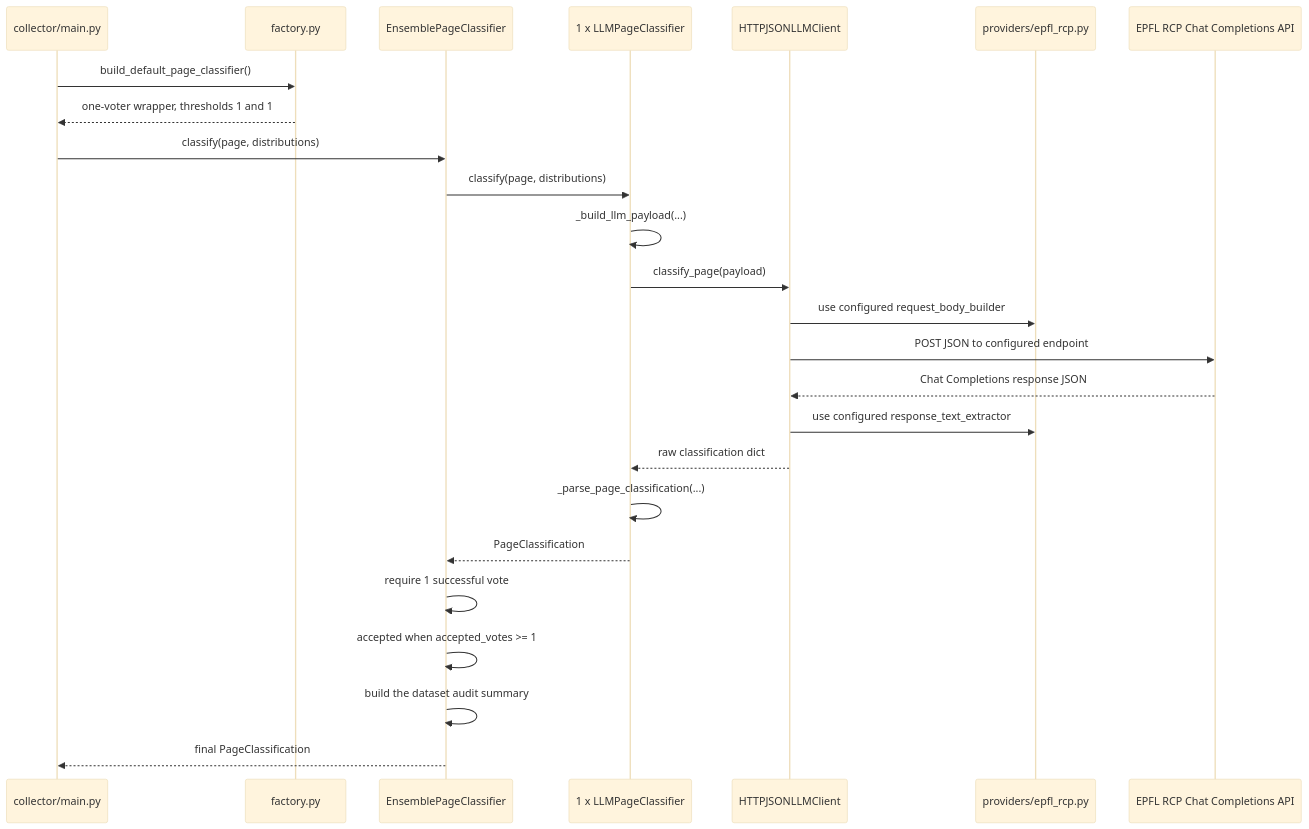
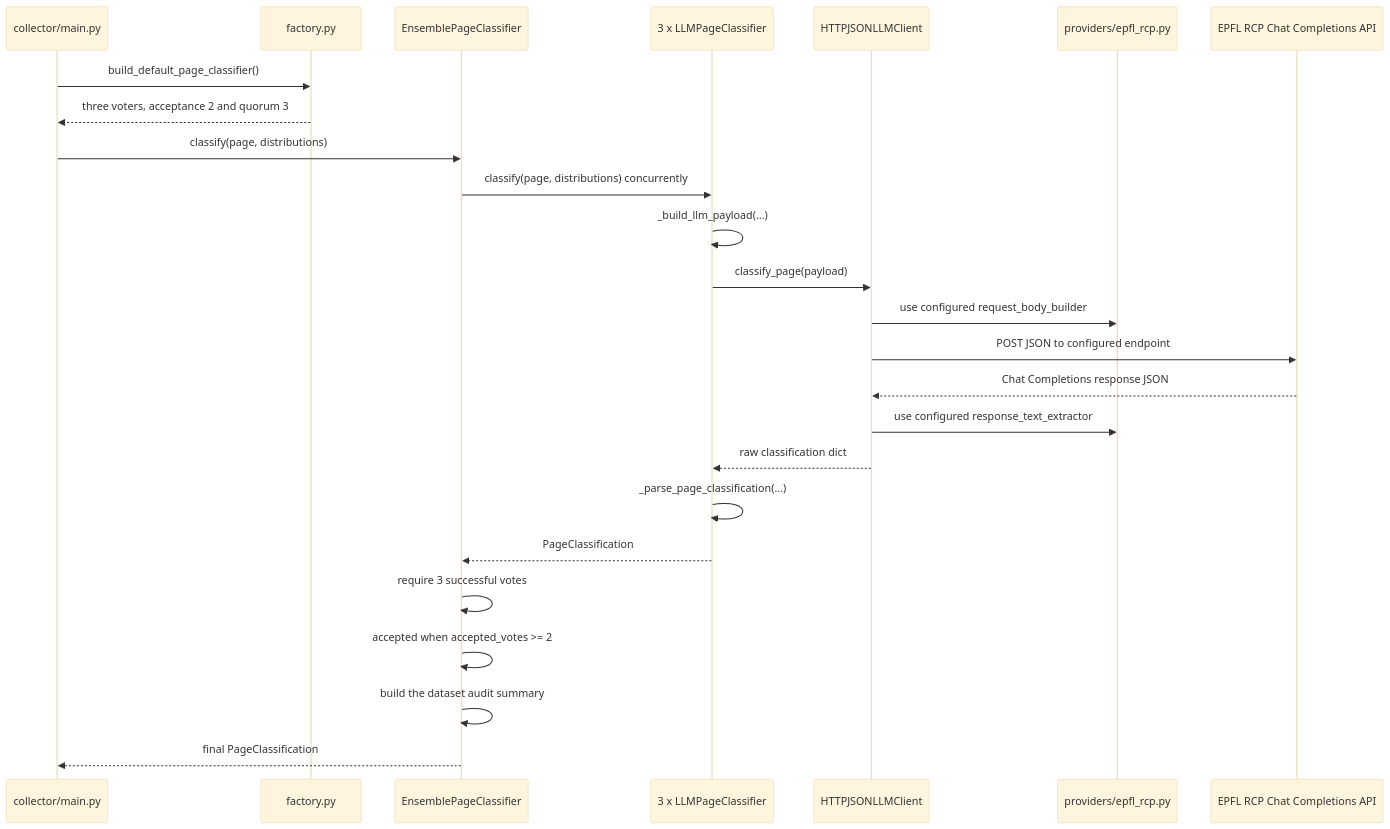
One commit to nicolasberlin/global-health-dataset-catalog changed the third of 5 diagrams in docs/classification-architecture.md. Above: the diagram before and after it, drawn with Mermaid (base theme). The commit also changed other lines of this file and 52 other files, not shown here.

````diff
--- a/docs/classification-architecture.md
+++ b/docs/classification-architecture.md
@@ -165,28 +174,28 @@
 ```mermaid
 sequenceDiagram
     participant Caller as collector/main.py
     participant Factory as factory.py
     participant Ensemble as EnsemblePageClassifier
-    participant Voter as 1 x LLMPageClassifier
+    participant Voter as 3 x LLMPageClassifier
     participant Client as HTTPJSONLLMClient
     participant Provider as providers/epfl_rcp.py
     participant API as EPFL RCP Chat Completions API
 
     Caller->>Factory: build_default_page_classifier()
-    Factory-->>Caller: one-voter wrapper, thresholds 1 and 1
+    Factory-->>Caller: three voters, acceptance 2 and quorum 3
     Caller->>Ensemble: classify(page, distributions)
-    Ensemble->>Voter: classify(page, distributions)
+    Ensemble->>Voter: classify(page, distributions) concurrently
     Voter->>Voter: _build_llm_payload(...)
     Voter->>Client: classify_page(payload)
     Client->>Provider: use configured request_body_builder
     Client->>API: POST JSON to configured endpoint
     API-->>Client: Chat Completions response JSON
     Client->>Provider: use configured response_text_extractor
     Client-->>Voter: raw classification dict
     Voter->>Voter: _parse_page_classification(...)
     Voter-->>Ensemble: PageClassification
-    Ensemble->>Ensemble: require 1 successful vote
-    Ensemble->>Ensemble: accepted when accepted_votes >= 1
+    Ensemble->>Ensemble: require 3 successful votes
+    Ensemble->>Ensemble: accepted when accepted_votes >= 2
     Ensemble->>Ensemble: build the dataset audit summary
     Ensemble-->>Caller: final PageClassification
 ```
````
